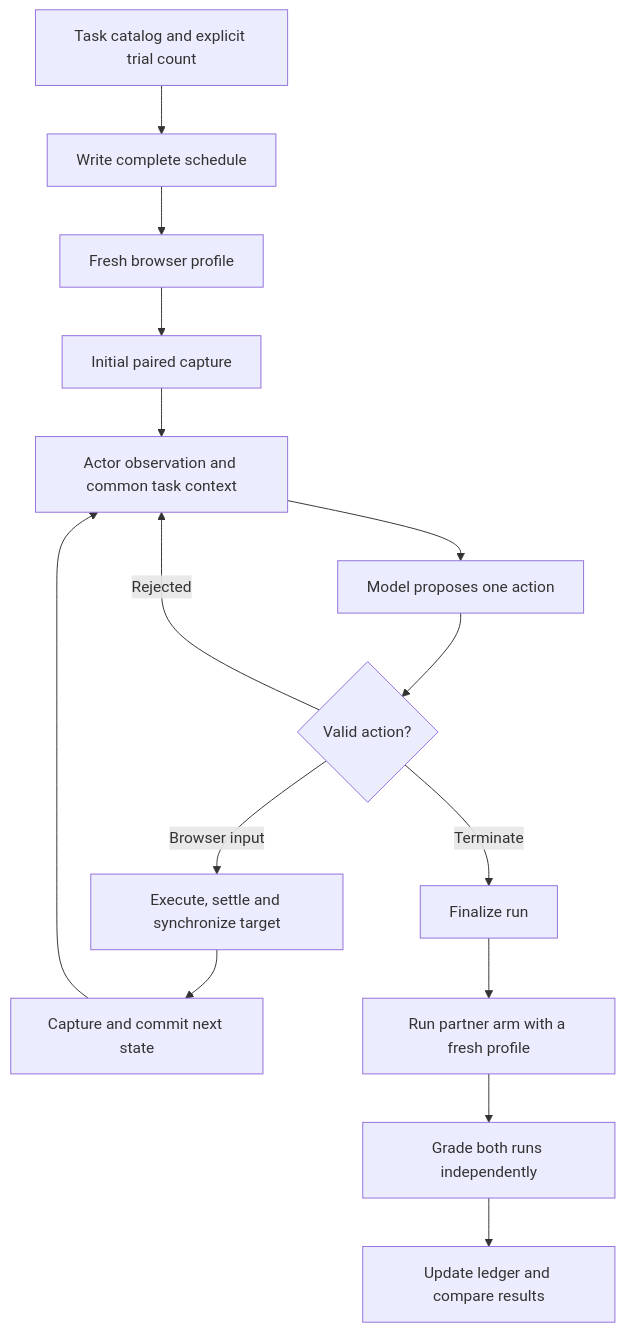
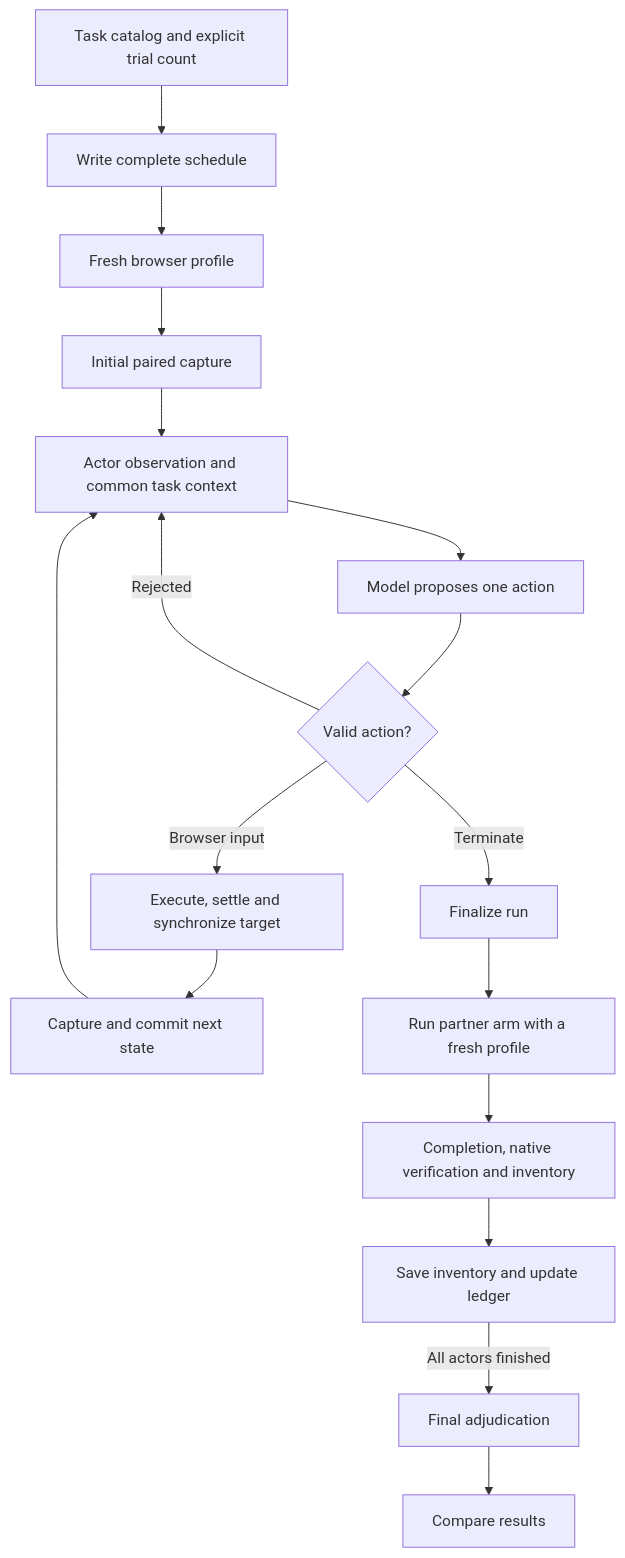
Before and after one commit to wootzapp/w8-domdiff-bench: the diagram in docs/architecture.md, drawn with Mermaid. The commit also changed other lines of this file and 5 other files, not shown here.

````diff
--- a/docs/architecture.md
+++ b/docs/architecture.md
@@ -59,17 +61,19 @@
 ```mermaid
 flowchart TD
     A[Task catalog and explicit trial count] --> B[Write complete schedule]
     B --> C[Fresh browser profile]
     C --> D[Initial paired capture]
     D --> E[Actor observation and common task context]
     E --> F[Model proposes one action]
     F --> G{Valid action?}
     G -->|Rejected| E
     G -->|Browser input| H[Execute, settle and synchronize target]
     H --> I[Capture and commit next state]
     I --> E
     G -->|Terminate| J[Finalize run]
     J --> K[Run partner arm with a fresh profile]
-    K --> L[Grade both runs independently]
-    L --> M[Update ledger and compare results]
+    K --> L[Completion, native verification and inventory]
+    L --> M[Save inventory and update ledger]
+    M -->|All actors finished| N[Final adjudication]
+    N --> O[Compare results]
 ```
````
